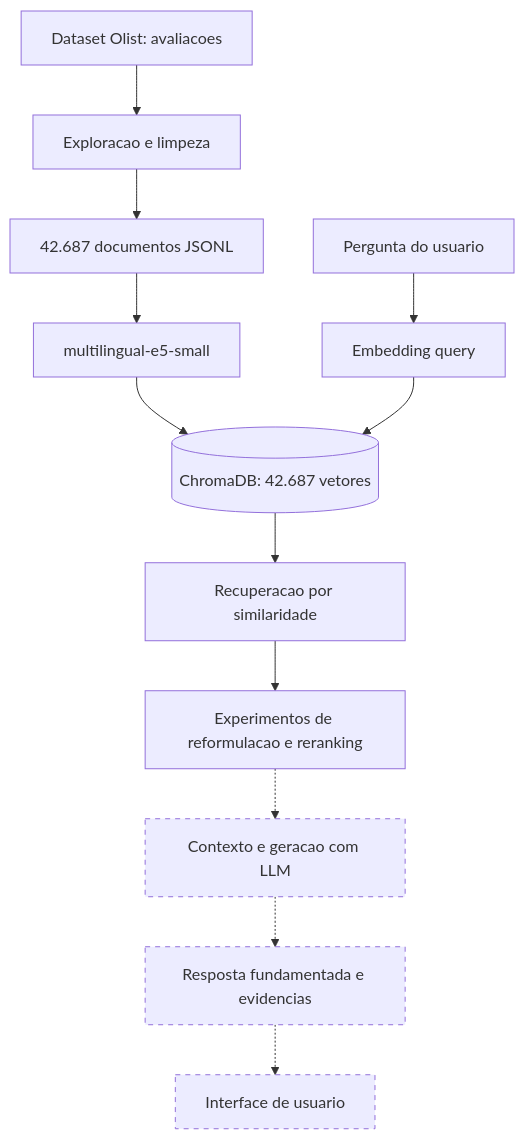
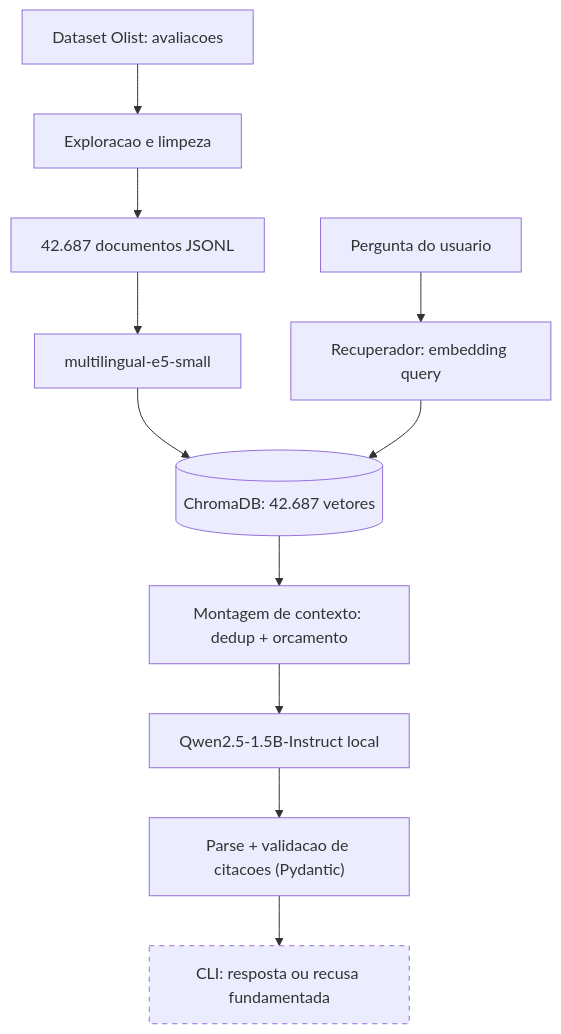
One commit to AndrePellegrini/tech-challenge-fase4 changed the diagram in README.md. Above: the diagram before and after it, drawn with Mermaid. The commit also changed other lines of this file and 20 other files, not shown here.

First line of the commit message:
feat: integrar RAG basico (recuperador, contexto, geracao e CLI)

````diff
--- a/README.md
+++ b/README.md
@@ -101,19 +104,17 @@
 ```mermaid
 flowchart TD
     A["Dataset Olist: avaliacoes"] --> B["Exploracao e limpeza"]
     B --> C["42.687 documentos JSONL"]
     C --> D["multilingual-e5-small"]
     D --> E[("ChromaDB: 42.687 vetores")]
 
-    Q["Pergunta do usuario"] --> F["Embedding query"]
+    Q["Pergunta do usuario"] --> F["Recuperador: embedding query"]
     F --> E
-    E --> G["Recuperacao por similaridade"]
-    G --> H["Experimentos de reformulacao e reranking"]
-
-    H -.-> I["Contexto e geracao com LLM"]
-    I -.-> J["Resposta fundamentada e evidencias"]
-    J -.-> K["Interface de usuario"]
+    E --> G["Montagem de contexto: dedup + orcamento"]
+    G --> I["Qwen2.5-1.5B-Instruct local"]
+    I --> J["Parse + validacao de citacoes (Pydantic)"]
+    J --> K["CLI: resposta ou recusa fundamentada"]
 
     classDef pendente stroke-dasharray:5 5;
-    class I,J,K pendente;
+    class K pendente;
 ```
````
